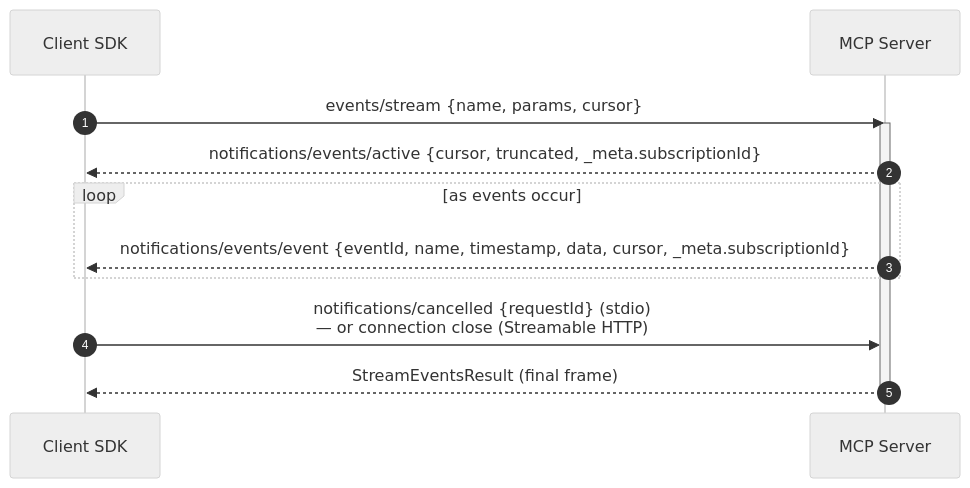
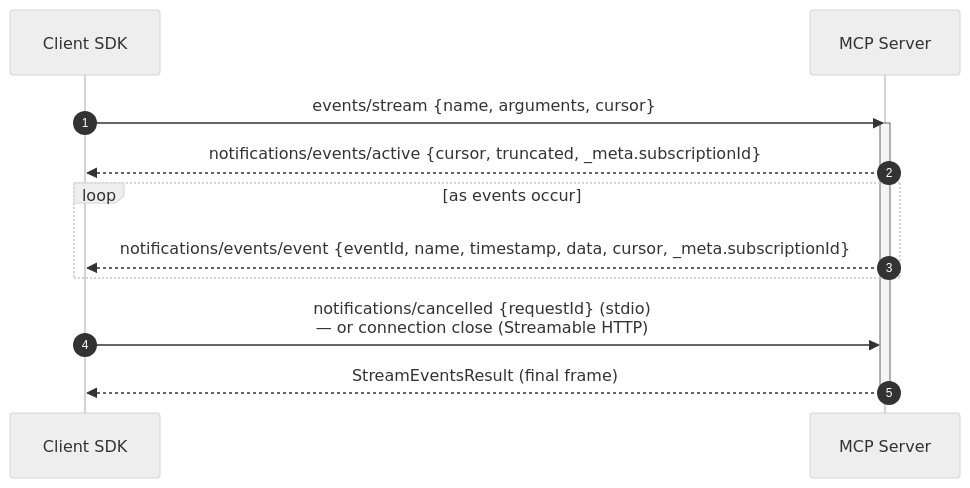
Before and after one commit to modelcontextprotocol/experimental-ext-triggers-events: the second of 4 diagrams in docs/design-sketch-proposal.md, drawn with Mermaid (neutral theme). The commit also changed other lines of this file, not shown here.

First line of the commit message:
Rename inner subscription params field to arguments

````diff
--- a/docs/design-sketch-proposal.md
+++ b/docs/design-sketch-proposal.md
@@ -210,16 +210,16 @@
 ```mermaid
 sequenceDiagram
     autonumber
     participant SDK as Client SDK
     participant Server as MCP Server
 
-    SDK->>Server: events/stream {name, params, cursor}
+    SDK->>Server: events/stream {name, arguments, cursor}
     activate Server
     Server-->>SDK: notifications/events/active {cursor, truncated, _meta.subscriptionId}
     loop as events occur
         Server-->>SDK: notifications/events/event {eventId, name, timestamp, data, cursor, _meta.subscriptionId}
     end
     SDK->>Server: notifications/cancelled {requestId} (stdio)<br/>— or connection close (Streamable HTTP)
     Server-->>SDK: StreamEventsResult (final frame)
     deactivate Server
 ```
````
